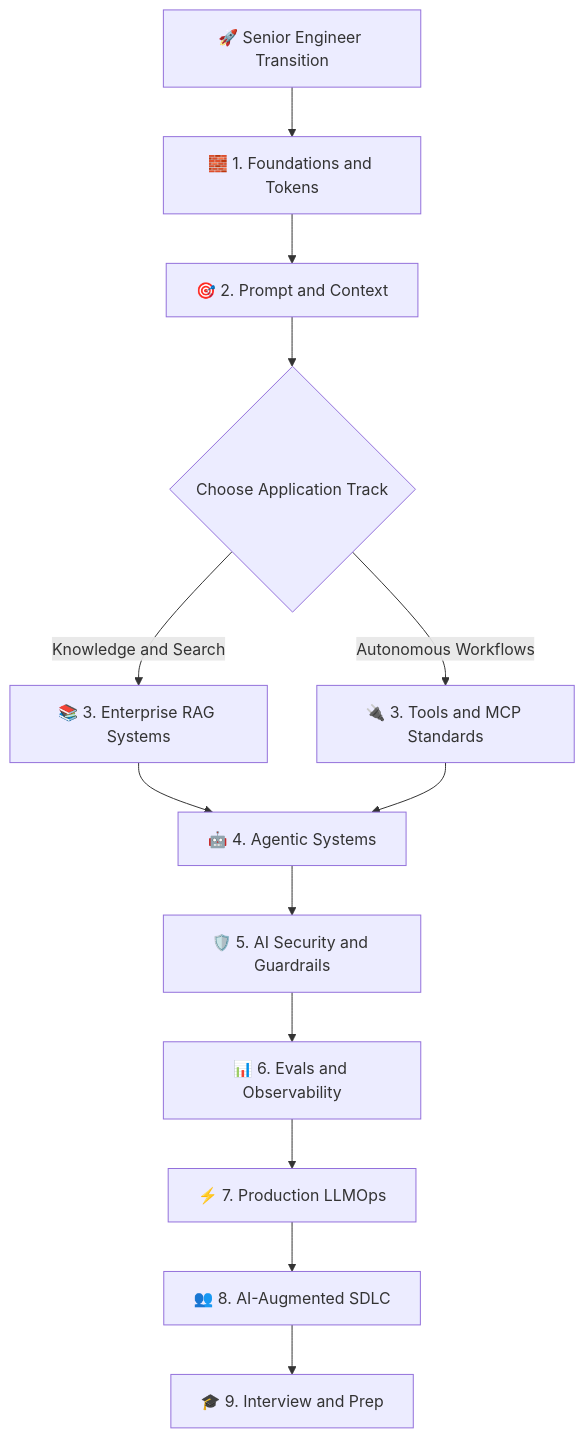
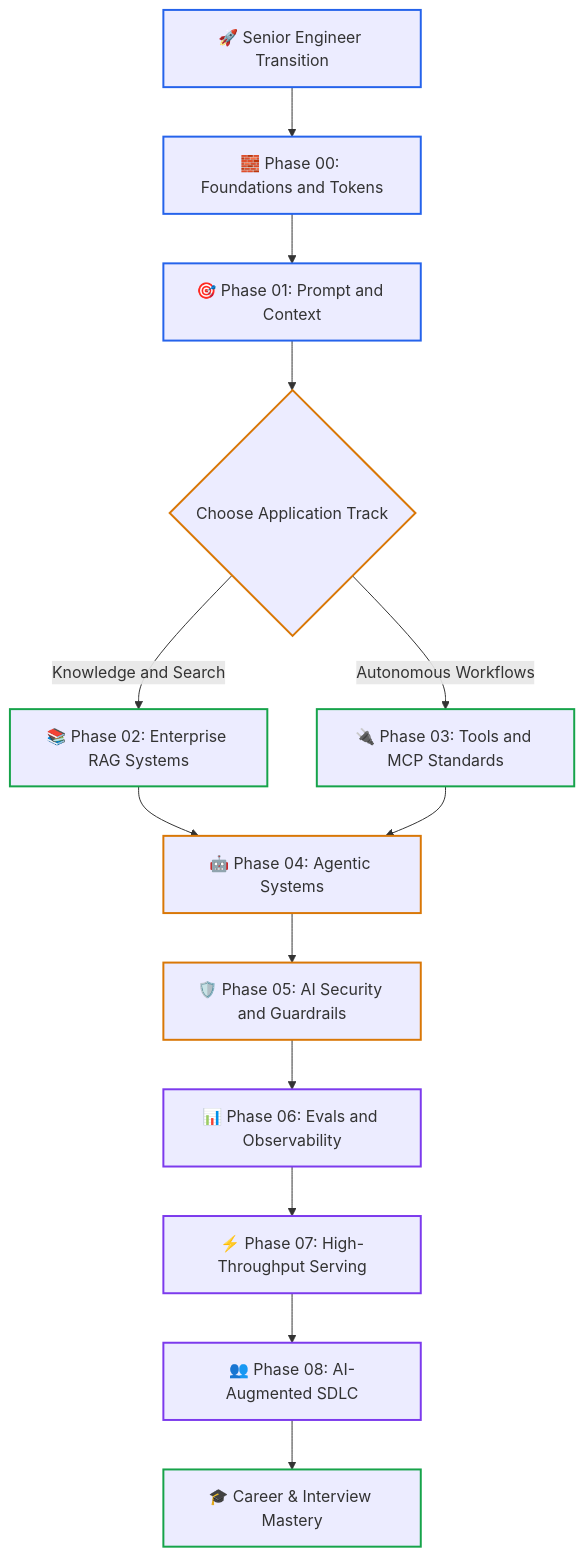
Before and after one commit to dip4k/senior-engineer-to-ai-engineer-roadmap: the third of 4 diagrams in senior-transition-guide.md, drawn with Mermaid. The commit also changed other lines of this file and 49 other files, not shown here.

First line of the commit message:
feat(curriculum): complete 2026 refactoring across roadmaps, use-cases, labs, and agent-forge

````diff
--- a/senior-transition-guide.md
+++ b/senior-transition-guide.md
@@ -154,18 +172,31 @@
 ```mermaid
 flowchart TD
-    Start["🚀 Senior Engineer Transition"] --> P0["🧱 1. Foundations and Tokens"]
-    P0 --> P1["🎯 2. Prompt and Context"]
+    Start["🚀 Senior Engineer Transition"] --> P0["🧱 Phase 00: Foundations and Tokens"]
+    P0 --> P1["🎯 Phase 01: Prompt and Context"]
     P1 --> Branch{"Choose Application Track"}
     
-    Branch -- "Knowledge and Search" --> P2["📚 3. Enterprise RAG Systems"]
-    Branch -- "Autonomous Workflows" --> P3["🔌 3. Tools and MCP Standards"]
+    Branch -- "Knowledge and Search" --> P2["📚 Phase 02: Enterprise RAG Systems"]
+    Branch -- "Autonomous Workflows" --> P3["🔌 Phase 03: Tools and MCP Standards"]
     
-    P2 --> P4["🤖 4. Agentic Systems"]
+    P2 --> P4["🤖 Phase 04: Agentic Systems"]
     P3 --> P4
     
-    P4 --> P5["🛡️ 5. AI Security and Guardrails"]
-    P5 --> P6["📊 6. Evals and Observability"]
-    P6 --> P7["⚡ 7. Production LLMOps"]
-    P7 --> P8["👥 8. AI-Augmented SDLC"]
-    P8 --> Prep["🎓 9. Interview and Prep"]
+    P4 --> P5["🛡️ Phase 05: AI Security and Guardrails"]
+    P5 --> P6["📊 Phase 06: Evals and Observability"]
+    P6 --> P7["⚡ Phase 07: High-Throughput Serving"]
+    P7 --> P8["👥 Phase 08: AI-Augmented SDLC"]
+    P8 --> Prep["🎓 Career & Interview Mastery"]
+
+    style Start stroke:#2563eb,stroke-width:2px
+    style P0 stroke:#2563eb,stroke-width:2px
+    style P1 stroke:#2563eb,stroke-width:2px
+    style Branch stroke:#d97706,stroke-width:2px
+    style P2 stroke:#16a34a,stroke-width:2px
+    style P3 stroke:#16a34a,stroke-width:2px
+    style P4 stroke:#d97706,stroke-width:2px
+    style P5 stroke:#d97706,stroke-width:2px
+    style P6 stroke:#7c3aed,stroke-width:2px
+    style P7 stroke:#7c3aed,stroke-width:2px
+    style P8 stroke:#7c3aed,stroke-width:2px
+    style Prep stroke:#16a34a,stroke-width:2px
 ```
````
